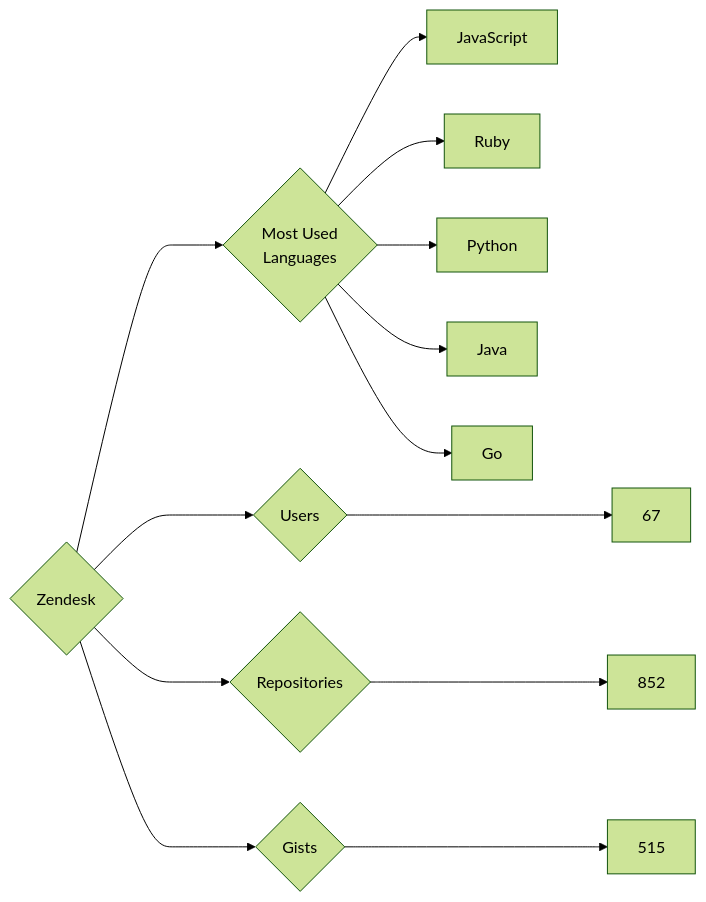
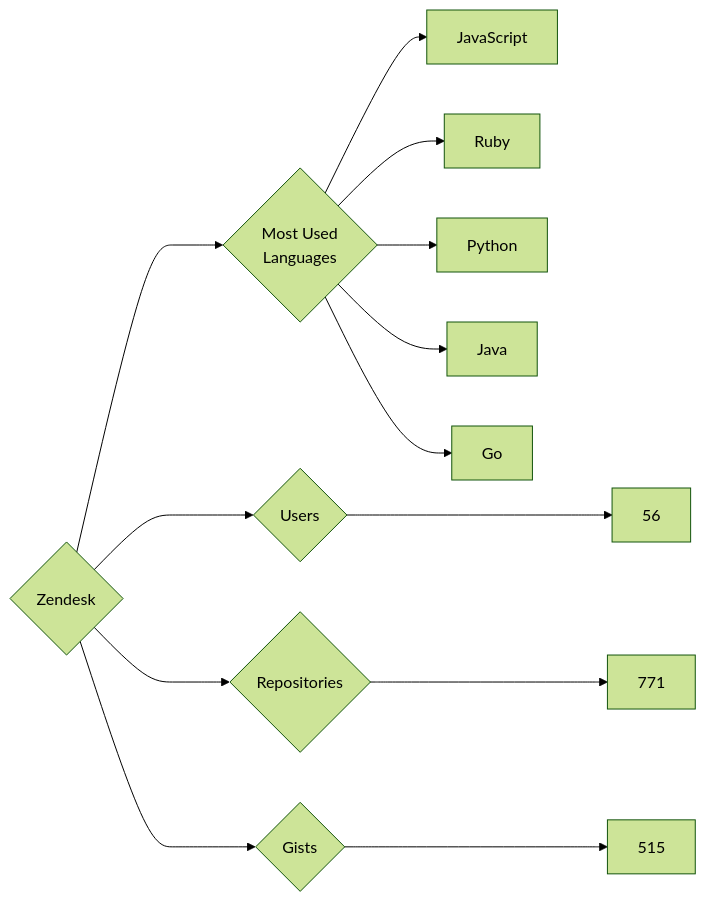
Before and after one commit to trickest/insiders: the diagram in targets/Zendesk/README.md, drawn with Mermaid (forest theme). The commit also changed 1696 other files, not shown here.

````diff
--- a/targets/Zendesk/README.md
+++ b/targets/Zendesk/README.md
@@ -3,13 +3,13 @@
 ```mermaid
 graph LR
 COMPANY_NAME{Zendesk}
-COMPANY_NAME ---> U{Users} ---> UN[67]
-COMPANY_NAME ---> R{Repositories} ---> RN[852]
+COMPANY_NAME ---> U{Users} ---> UN[56]
+COMPANY_NAME ---> R{Repositories} ---> RN[771]
 COMPANY_NAME ---> G{Gists} ---> GN[515]
 COMPANY_NAME ---> ML{Most Used<br>Languages}
 ML --> JavaScript[JavaScript]
 ML --> Ruby[Ruby]
 ML --> Python[Python]
 ML --> Java[Java]
 ML --> Go[Go]
 ```
````
